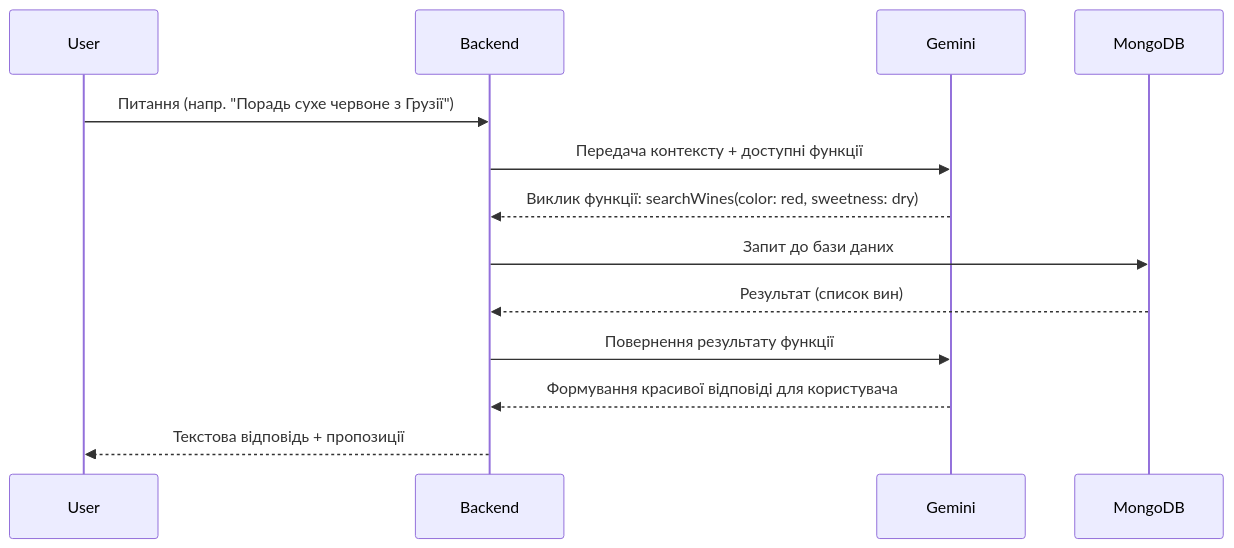
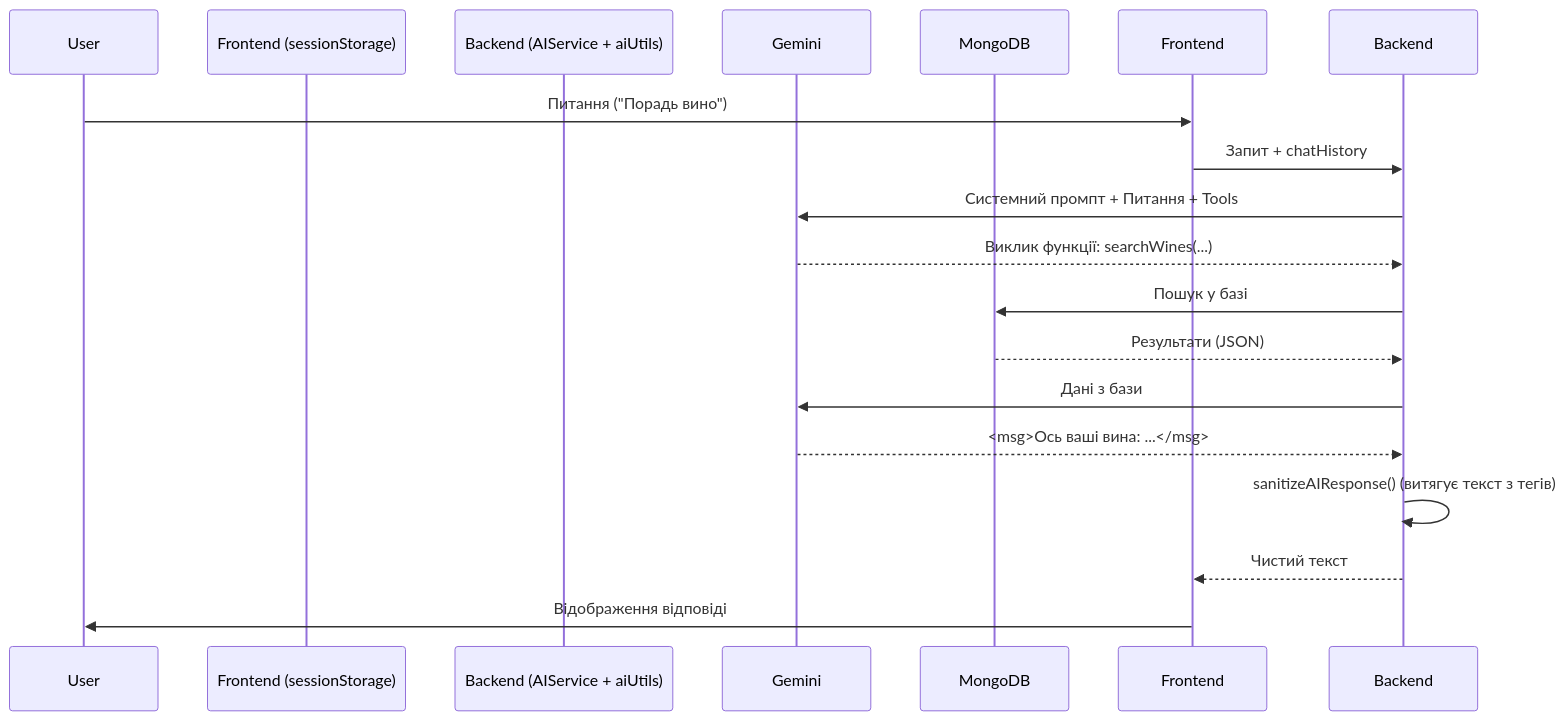
Before and after one commit to AndriiVeremi/wine-project: the third of 4 diagrams in docs/ARCHITECTURE.md, drawn with Mermaid. The commit also changed other lines of this file and 3 other files, not shown here.

````diff
--- a/docs/ARCHITECTURE.md
+++ b/docs/ARCHITECTURE.md
@@ -131,16 +145,20 @@
 ```mermaid
 sequenceDiagram
     participant User
-    participant Backend
+    participant Frontend (sessionStorage)
+    participant Backend (AIService + aiUtils)
     participant Gemini
     participant DB as MongoDB
     
-    User->>Backend: Питання (напр. "Порадь сухе червоне з Грузії")
-    Backend->>Gemini: Передача контексту + доступні функції
-    Gemini-->>Backend: Виклик функції: searchWines(color: red, sweetness: dry)
-    Backend->>DB: Запит до бази даних
-    DB-->>Backend: Результат (список вин)
-    Backend->>Gemini: Повернення результату функції
-    Gemini-->>Backend: Формування красивої відповіді для користувача
-    Backend-->>User: Текстова відповідь + пропозиції
+    User->>Frontend: Питання ("Порадь вино")
+    Frontend->>Backend: Запит + chatHistory
+    Backend->>Gemini: Системний промпт + Питання + Tools
+    Gemini-->>Backend: Виклик функції: searchWines(...)
+    Backend->>DB: Пошук у базі
+    DB-->>Backend: Результати (JSON)
+    Backend->>Gemini: Дані з бази
+    Gemini-->>Backend: <msg>Ось ваші вина: ...</msg>
+    Backend->>Backend: sanitizeAIResponse() (витягує текст з тегів)
+    Backend-->>Frontend: Чистий текст
+    Frontend->>User: Відображення відповіді
 ```
````
